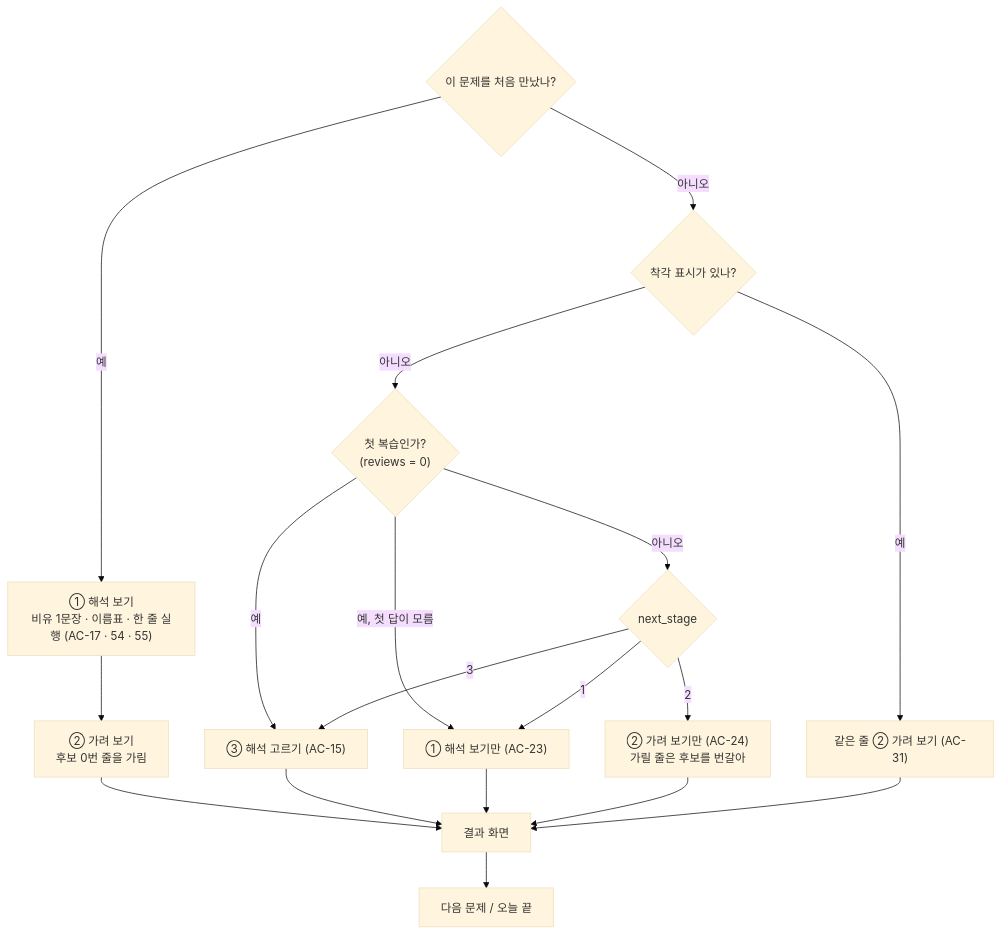
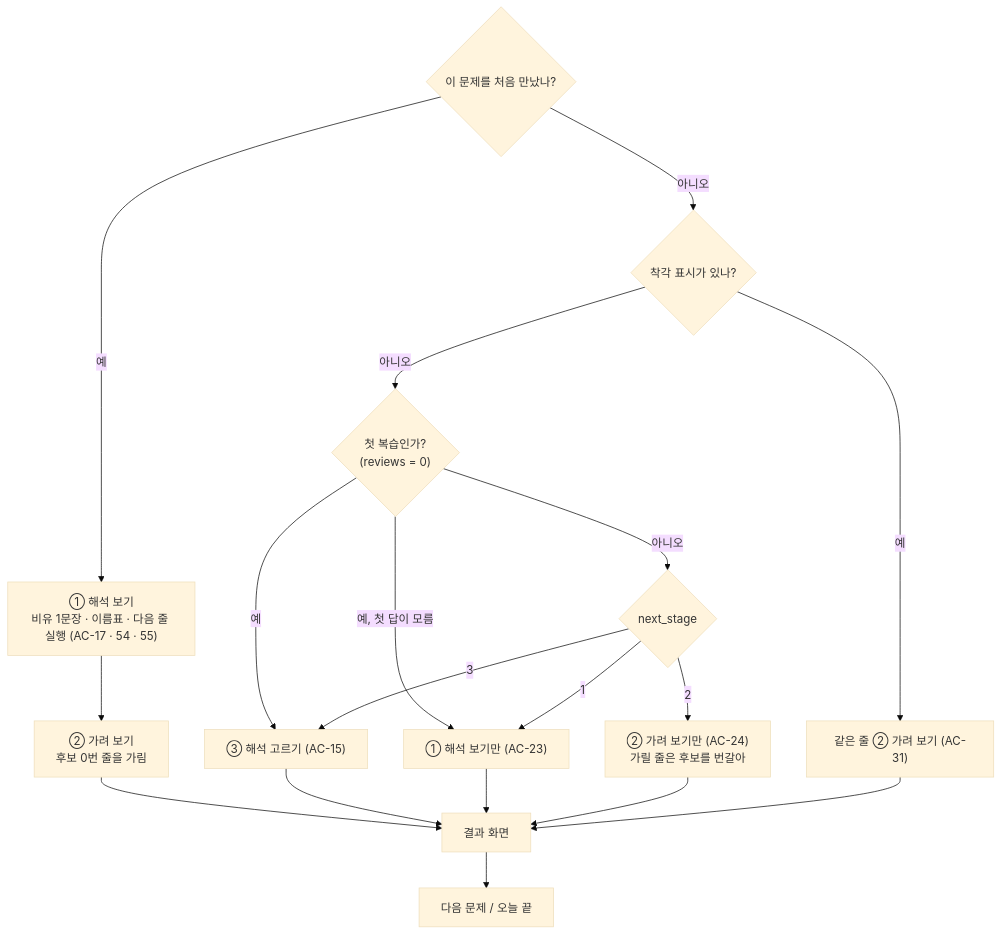
The second of 9 diagrams in docs/flows.md (githubleejungah/field-words-3d-lab), drawn with Mermaid (base theme) before and after one commit. The commit also changed other lines of this file and 10 other files, not shown here.

````diff
--- a/docs/flows.md
+++ b/docs/flows.md
@@ -62,20 +65,20 @@
 ```mermaid
 flowchart TD
-  A{"이 문제를 처음 만났나?"} -- 예 --> B["① 해석 보기<br/>비유 1문장 · 이름표 · 한 줄 실행 (AC-17 · 54 · 55)"]
+  A{"이 문제를 처음 만났나?"} -- 예 --> B["① 해석 보기<br/>비유 1문장 · 이름표 · 다음 줄 실행 (AC-17 · 54 · 55)"]
   B --> C["② 가려 보기<br/>후보 0번 줄을 가림"]
   C --> E["결과 화면"]
   A -- 아니오 --> M{"착각 표시가 있나?"}
   M -- 예 --> C3["같은 줄 ② 가려 보기 (AC-31)"]
   M -- 아니오 --> D{"첫 복습인가?<br/>(reviews = 0)"}
   D -- 예, 첫 답이 모름 --> B1
   D -- 예 --> F["③ 해석 고르기 (AC-15)"]
   D -- 아니오 --> H{"next_stage"}
   H -- 1 --> B1["① 해석 보기만 (AC-23)"]
   H -- 2 --> C2["② 가려 보기만 (AC-24)<br/>가릴 줄은 후보를 번갈아"]
   H -- 3 --> F
   F --> E
   B1 --> E
   C2 --> E
   C3 --> E
   E --> N["다음 문제 / 오늘 끝"]
 ```
````
